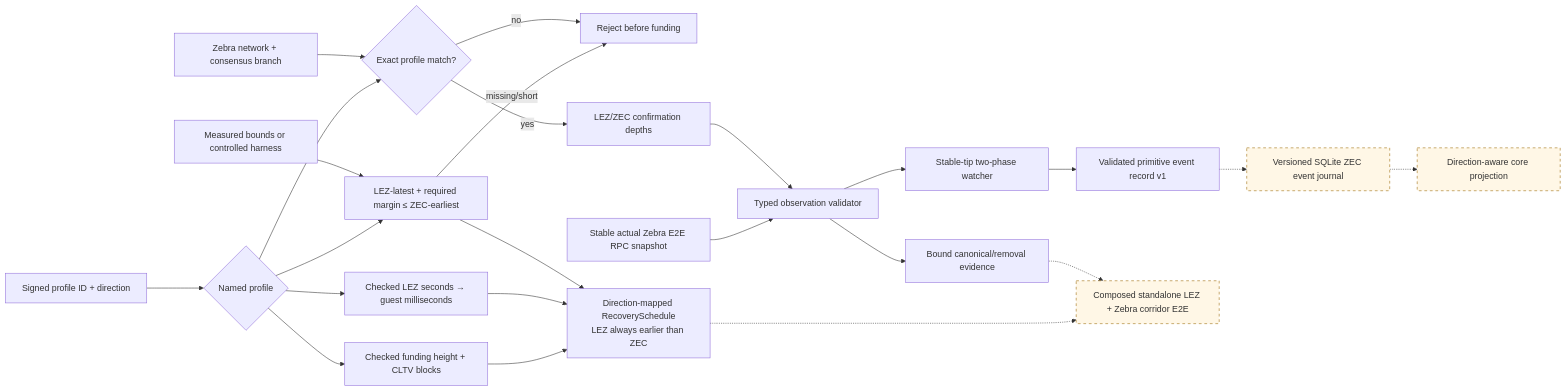
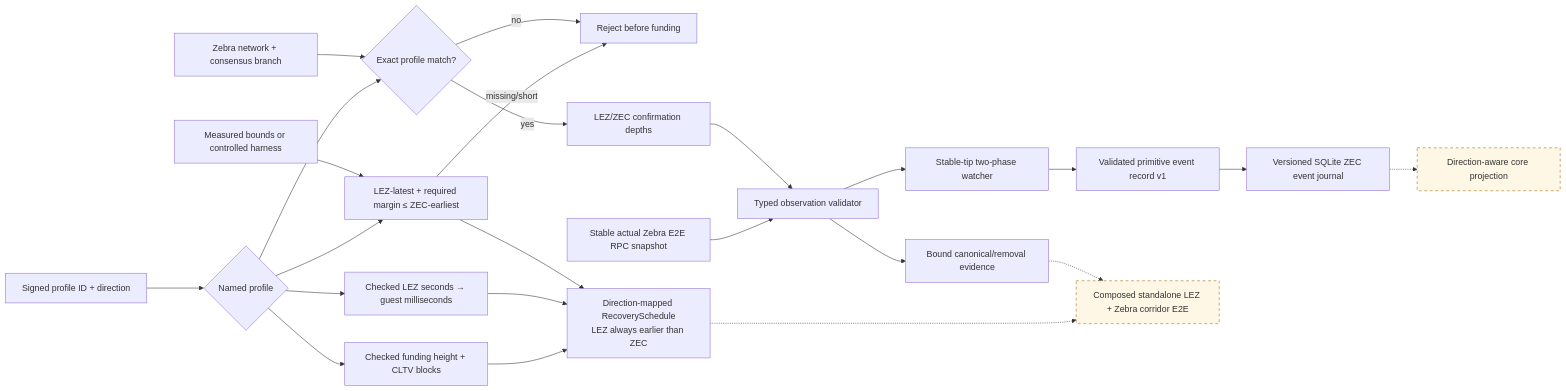
One commit to gateway-fm/lez-atomic-swaps changed the sixth of 9 diagrams in docs/architecture/system-architecture.md. Above: the diagram before and after it, drawn with Mermaid. The commit also changed other lines of this file and 8 other files, not shown here.

````diff
--- a/docs/architecture/system-architecture.md
+++ b/docs/architecture/system-architecture.md
@@ -273,28 +273,28 @@
 ```mermaid
 flowchart LR
     Terms["Signed profile ID + direction"] --> Select{"Named profile"}
     Node["Zebra network + consensus branch"] --> Validate{"Exact profile match?"}
     Select --> Validate
     Validate -->|"no"| Reject["Reject before funding"]
     Validate -->|"yes"| Depths["LEZ/ZEC confirmation depths"]
     Select --> LezDeadline["Checked LEZ seconds → guest milliseconds"]
     Select --> ZecDeadline["Checked funding height + CLTV blocks"]
     Telemetry["Measured bounds or controlled harness"] --> Safety["LEZ-latest + required margin ≤ ZEC-earliest"]
     Select --> Safety
     Safety -->|"missing/short"| Reject
     Safety --> Schedule["Direction-mapped RecoverySchedule<br/>LEZ always earlier than ZEC"]
     Depths --> Validator["Typed observation validator"]
     ZebraE2E["Stable actual Zebra E2E RPC snapshot"] --> Validator
     Validator --> Watcher["Stable-tip two-phase watcher"]
     Watcher --> Record["Validated primitive event record v1"]
-    Record -.-> Journal["Versioned SQLite ZEC event journal"]
+    Record --> Journal["Versioned SQLite ZEC event journal"]
     Journal -.-> Projection["Direction-aware core projection"]
     Validator --> Observe["Bound canonical/removal evidence"]
     LezDeadline --> Schedule
     ZecDeadline --> Schedule
     Observe -.-> Composed["Composed standalone LEZ + Zebra corridor E2E"]
     Schedule -.-> Composed
 
     classDef planned stroke-dasharray: 5 5,fill:#fff7e6,stroke:#9a6700;
-    class Journal,Projection,Composed planned;
+    class Projection,Composed planned;
 ```
````
